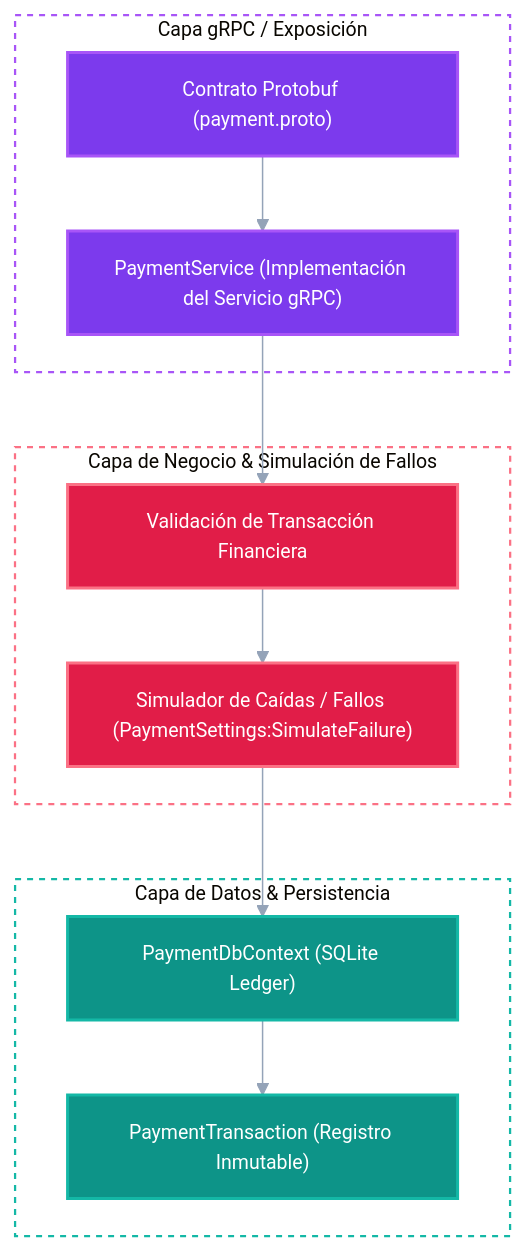
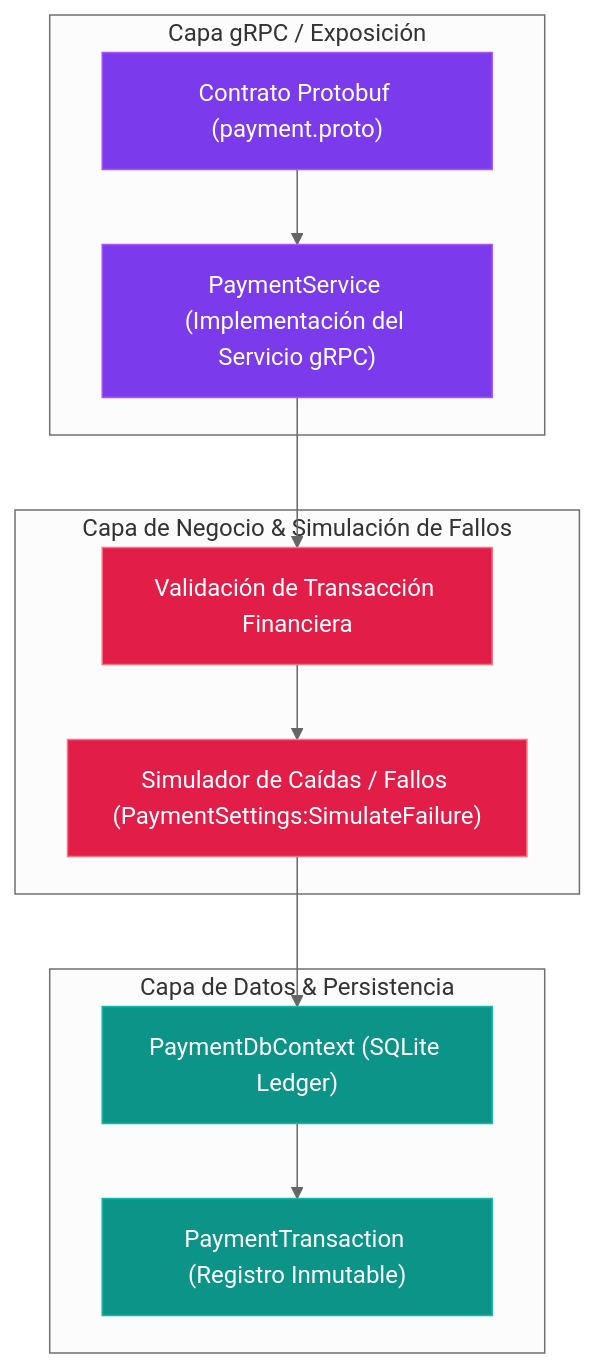
Before and after one commit to arza-developer/tp-distribuidos-grupo2-asientos: the fourth of 5 diagrams in docs/diagramas_arquitectura.md, drawn with Mermaid. The commit also changed other lines of this file and 11 other files, not shown here.

Commit message:
docs: corregir contraste neutral mermaid, eliminar inconsistencias y sincronizar e2e

````diff
--- a/docs/diagramas_arquitectura.md
+++ b/docs/diagramas_arquitectura.md
@@ -243,45 +191,31 @@
 ```mermaid
-%%{init: {
-  'theme': 'base',
-  'themeVariables': {
-    'fontSize': '13px',
-    'fontFamily': 'Segoe UI, Helvetica, sans-serif',
-    'textColor': '#f8fafc',
-    'lineColor': '#94a3b8',
-    'edgeLabelBackground': '#1e293b'
-  }
-}}%%
+%%{init: {'theme': 'neutral'}}%%
 flowchart TD
     subgraph GrpcPresentation["Capa gRPC / Exposición"]
         GrpcProto["Contrato Protobuf (payment.proto)"]
         GrpcService["PaymentService (Implementación del Servicio gRPC)"]
         GrpcProto --> GrpcService
     end
 
     subgraph GrpcBusiness["Capa de Negocio & Simulación de Fallos"]
         TxValidation["Validación de Transacción Financiera"]
         ChaosSwitch["Simulador de Caídas / Fallos (PaymentSettings:SimulateFailure)"]
         GrpcService --> TxValidation
         TxValidation --> ChaosSwitch
     end
 
     subgraph GrpcDataAccess["Capa de Datos & Persistencia"]
         PaymentDb["PaymentDbContext (SQLite Ledger)"]
         TxEntity["PaymentTransaction (Registro Inmutable)"]
         ChaosSwitch --> PaymentDb
         PaymentDb --> TxEntity
     end
 
-    %% Colores gRPC N-Layer
-    classDef grpcPres fill:#7c3aed,stroke:#a855f7,stroke-width:2px,color:#ffffff;
-    classDef grpcBiz fill:#e11d48,stroke:#fb7185,stroke-width:2px,color:#ffffff;
-    classDef grpcData fill:#0d9488,stroke:#14b8a6,stroke-width:2px,color:#ffffff;
+    classDef grpcPres fill:#7c3aed,stroke:#a855f7,color:#ffffff;
+    classDef grpcBiz fill:#e11d48,stroke:#fb7185,color:#ffffff;
+    classDef grpcData fill:#0d9488,stroke:#14b8a6,color:#ffffff;
 
     class GrpcProto,GrpcService grpcPres;
     class TxValidation,ChaosSwitch grpcBiz;
     class PaymentDb,TxEntity grpcData;
-
-    style GrpcPresentation stroke:#a855f7,stroke-width:1.5px,stroke-dasharray: 4 4,fill:none
-    style GrpcBusiness stroke:#fb7185,stroke-width:1.5px,stroke-dasharray: 4 4,fill:none
-    style GrpcDataAccess stroke:#14b8a6,stroke-width:1.5px,stroke-dasharray: 4 4,fill:none
 ```
````
